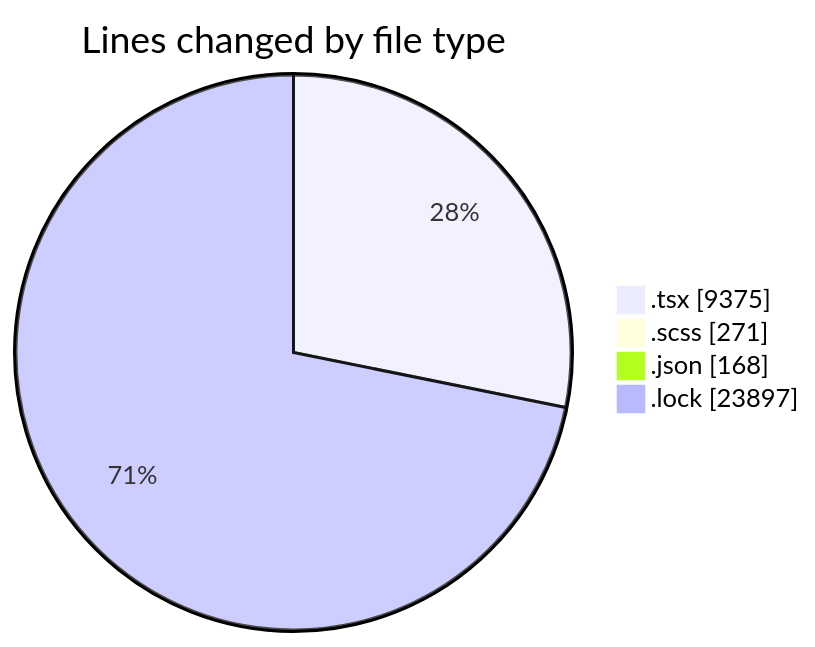
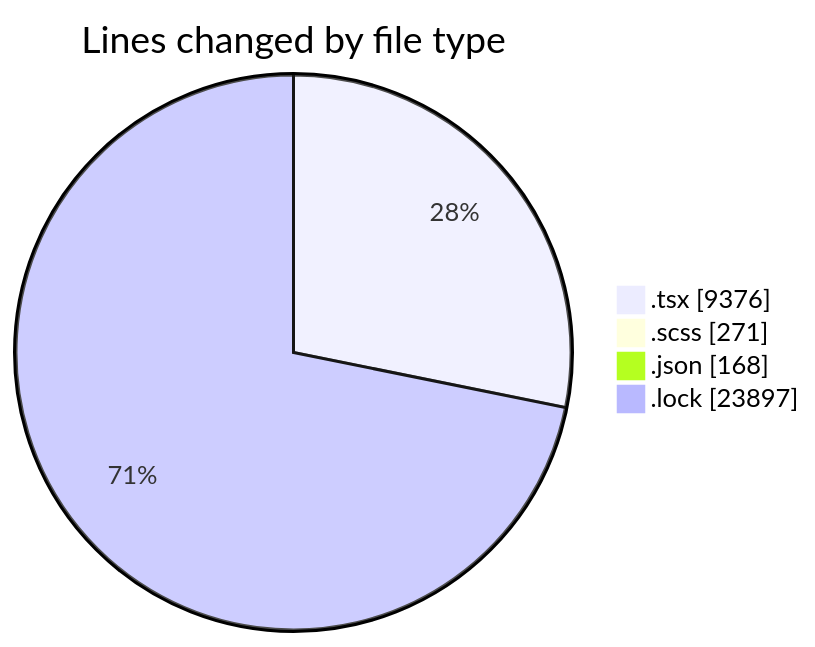
Before and after one commit to momahboobian/code-tracking: the first of 2 diagrams in 2025-11-18/cda/README.md, drawn with Mermaid. The commit also changed other lines of this file and 1 other file, not shown here.

````diff
--- a/2025-11-18/cda/README.md
+++ b/2025-11-18/cda/README.md
@@ -38,8 +38,8 @@
 ```mermaid
 pie showData
 title Lines changed by file type
-".tsx" : 9375
+".tsx" : 9376
 ".scss" : 271
 ".json" : 168
 ".lock" : 23897
 ```
````
